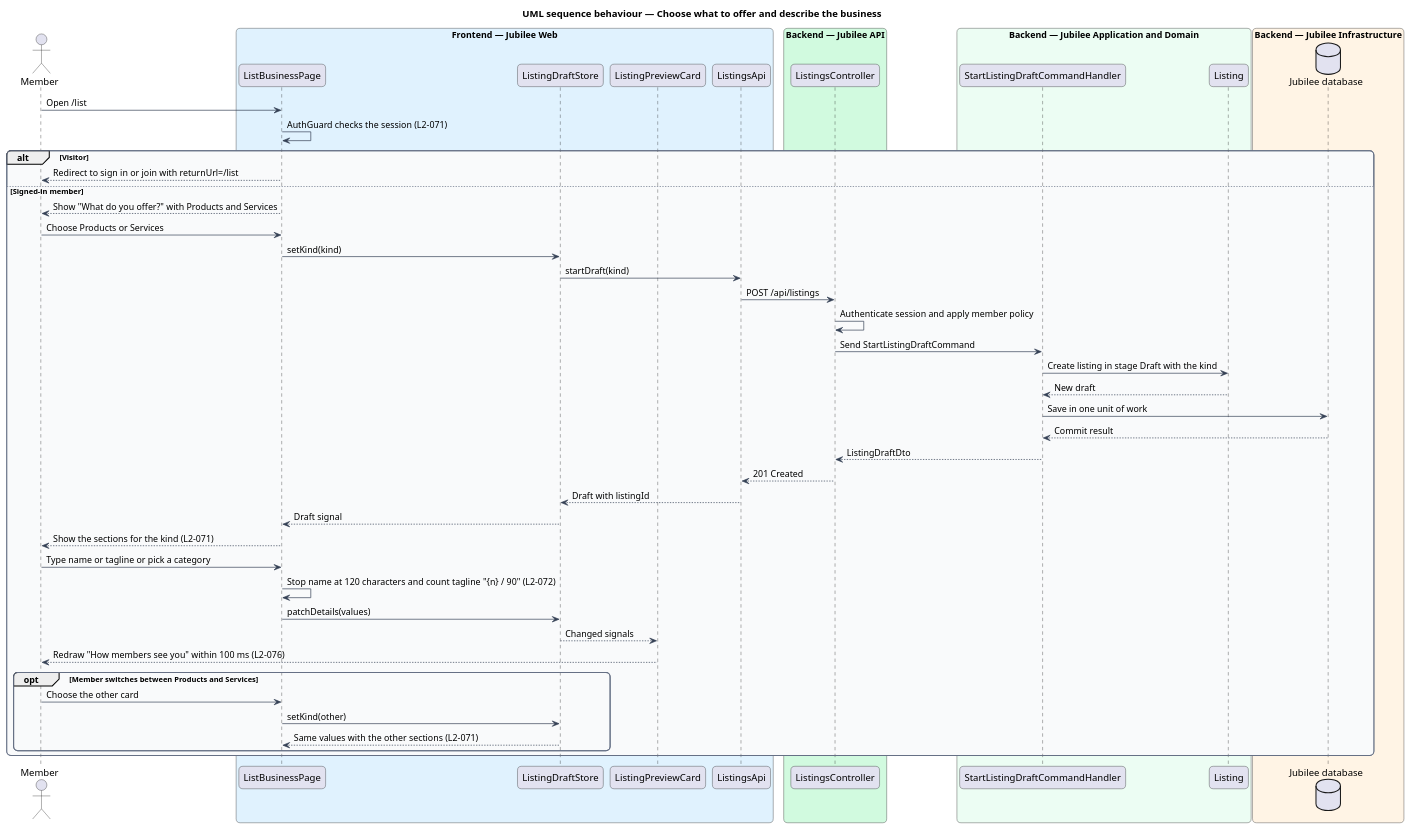
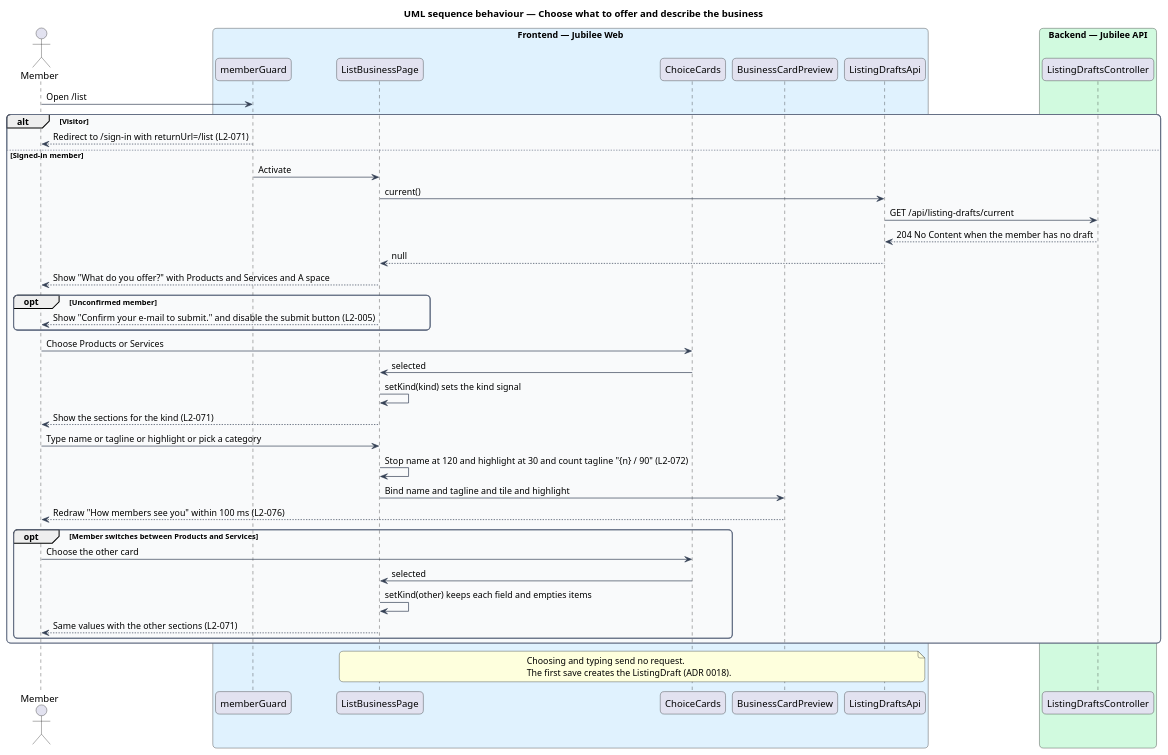
Before and after one commit to QuinntyneBrown/jubilee: the diagram in docs/detailed-designs/onboarding/describe-listing/diagrams/sequence-describe.puml, drawn with PlantUML. The commit also changed 43 other files, not shown here.

Commit message:
Bring the three listing designs in line with the code and with what finishing journey 10 adds; amend ADR 0018

```diff
--- a/docs/detailed-designs/onboarding/describe-listing/diagrams/sequence-describe.puml
+++ b/docs/detailed-designs/onboarding/describe-listing/diagrams/sequence-describe.puml
@@ -1,66 +1,60 @@
 @startuml
 title UML sequence behaviour — Choose what to offer and describe the business
 skinparam backgroundColor #FFFFFF
 skinparam shadowing false
 skinparam roundcorner 12
 skinparam defaultFontName Arial
 skinparam ArrowColor #344054
 skinparam rectangle {
   BorderColor #344054
   FontColor #101828
 }
 skinparam package {
   BorderColor #667085
   FontColor #101828
   BackgroundColor #F9FAFB
 }
 actor "Member" as actor
 box "Frontend — Jubilee Web" #E0F2FE
+  participant "memberGuard" as guard
   participant "ListBusinessPage" as page
-  participant "ListingDraftStore" as store
-  participant "ListingPreviewCard" as preview
-  participant "ListingsApi" as client
+  participant "ChoiceCards" as cards
+  participant "BusinessCardPreview" as preview
+  participant "ListingDraftsApi" as client
 end box
 box "Backend — Jubilee API" #D1FADF
-  participant "ListingsController" as controller
+  participant "ListingDraftsController" as controller
 end box
-box "Backend — Jubilee Application and Domain" #ECFDF3
-  participant "StartListingDraftCommandHandler" as handler
-  participant "Listing" as entity
-end box
-box "Backend — Jubilee Infrastructure" #FFF4E5
-  database "Jubilee database" as db
-end box
-actor -> page : Open /list
-page -> page : AuthGuard checks the session (L2-071)
+actor -> guard : Open /list
 alt Visitor
-  page --> actor : Redirect to sign in or join with returnUrl=/list
+  guard --> actor : Redirect to /sign-in with returnUrl=/list (L2-071)
 else Signed-in member
-  page --> actor : Show "What do you offer?" with Products and Services
-  actor -> page : Choose Products or Services
-  page -> store : setKind(kind)
-  store -> client : startDraft(kind)
-  client -> controller : POST /api/listings
-  controller -> controller : Authenticate session and apply member policy
-  controller -> handler : Send StartListingDraftCommand
-  handler -> entity : Create listing in stage Draft with the kind
-  entity --> handler : New draft
-  handler -> db : Save in one unit of work
-  db --> handler : Commit result
-  handler --> controller : ListingDraftDto
-  controller --> client : 201 Created
-  client --> store : Draft with listingId
-  store --> page : Draft signal
+  guard -> page : Activate
+  page -> client : current()
+  client -> controller : GET /api/listing-drafts/current
+  controller --> client : 204 No Content when the member has no draft
+  client --> page : null
+  page --> actor : Show "What do you offer?" with Products and Services and A space
+  opt Unconfirmed member
+    page --> actor : Show "Confirm your e-mail to submit." and disable the submit button (L2-005)
+  end
+  actor -> cards : Choose Products or Services
+  cards -> page : selected
+  page -> page : setKind(kind) sets the kind signal
   page --> actor : Show the sections for the kind (L2-071)
-  actor -> page : Type name or tagline or pick a category
-  page -> page : Stop name at 120 characters and count tagline "{n} / 90" (L2-072)
-  page -> store : patchDetails(values)
-  store --> preview : Changed signals
+  actor -> page : Type name or tagline or highlight or pick a category
+  page -> page : Stop name at 120 and highlight at 30 and count tagline "{n} / 90" (L2-072)
+  page -> preview : Bind name and tagline and tile and highlight
   preview --> actor : Redraw "How members see you" within 100 ms (L2-076)
   opt Member switches between Products and Services
-    actor -> page : Choose the other card
-    page -> store : setKind(other)
-    store --> page : Same values with the other sections (L2-071)
+    actor -> cards : Choose the other card
+    cards -> page : selected
+    page -> page : setKind(other) keeps each field and empties items
+    page --> actor : Same values with the other sections (L2-071)
   end
 end
+note over page, client
+  Choosing and typing send no request.
+  The first save creates the ListingDraft (ADR 0018).
+end note
 @enduml
```
